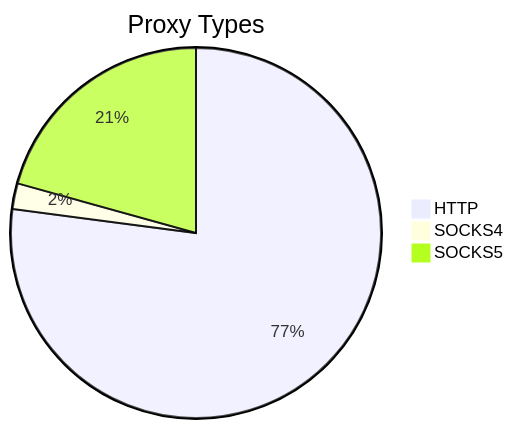
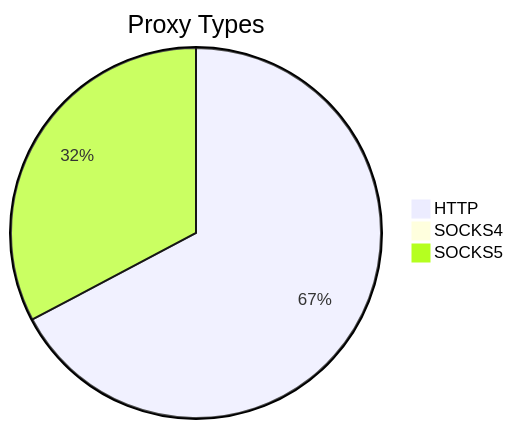
Before and after one commit to stormsia/proxy-list: the first of 2 diagrams in README.md, drawn with Mermaid. The commit also changed other lines of this file, not shown here.

````diff
--- a/README.md
+++ b/README.md
@@ -21,6 +21,6 @@
 ```mermaid
 pie title Proxy Types
-    "HTTP" : 1200
-    "SOCKS4" : 35
-    "SOCKS5" : 322
+    "HTTP" : 1206
+    "SOCKS4" : 15
+    "SOCKS5" : 587
 ```
````
